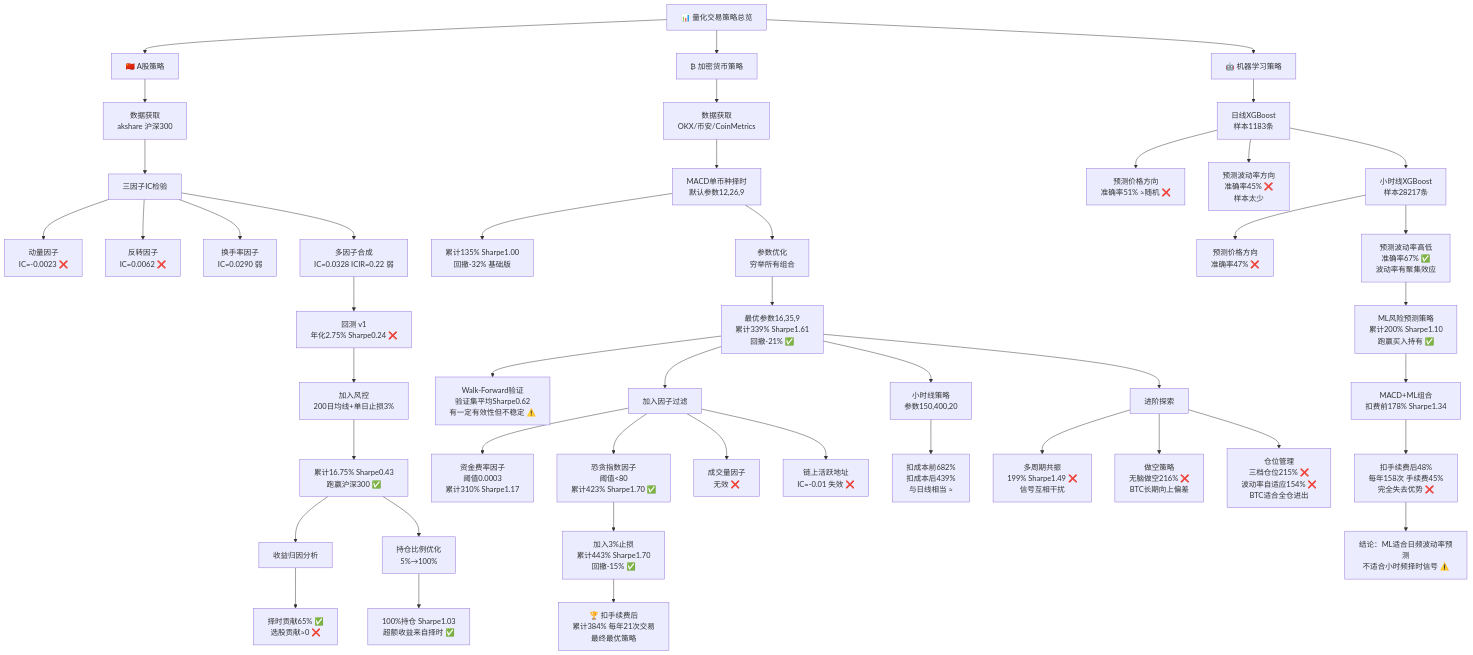
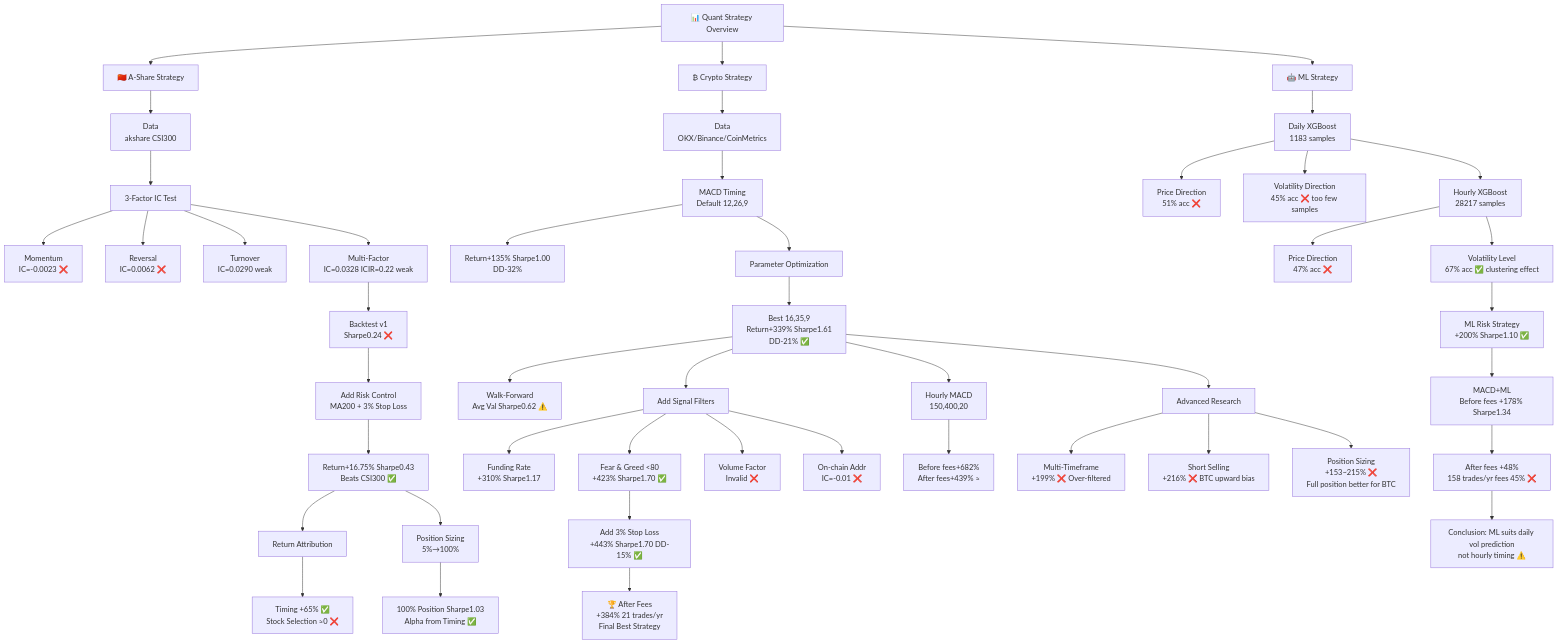
Before and after one commit to gh59/quant-research: the diagram in README.md, drawn with Mermaid. The commit also changed other lines of this file and 1 other file, not shown here.

Commit message:
Add bilingual README: EN default, CN available

````diff
--- a/README.md
+++ b/README.md
@@ -24,51 +26,51 @@
 ```mermaid
 graph TD
-    A["📊 量化交易策略总览"] --> B["🇨🇳 A股策略"]
-    A --> C["₿ 加密货币策略"]
-    A --> D["🤖 机器学习策略"]
+    A["📊 Quant Strategy Overview"] --> B["🇨🇳 A-Share Strategy"]
+    A --> C["₿ Crypto Strategy"]
+    A --> D["🤖 ML Strategy"]
 
-    B --> B1["数据获取\nakshare 沪深300"]
-    B1 --> B2["三因子IC检验"]
-    B2 --> B2a["动量因子\nIC=-0.0023 ❌"]
-    B2 --> B2b["反转因子\nIC=0.0062 ❌"]
-    B2 --> B2c["换手率因子\nIC=0.0290 弱"]
-    B2 --> B2d["多因子合成\nIC=0.0328 ICIR=0.22 弱"]
-    B2d --> B3["回测 v1\n年化2.75% Sharpe0.24 ❌"]
-    B3 --> B4["加入风控\n200日均线+单日止损3%"]
-    B4 --> B4a["累计16.75% Sharpe0.43\n跑赢沪深300 ✅"]
-    B4a --> B5["收益归因分析"]
-    B5 --> B5a["择时贡献65% ✅\n选股贡献≈0 ❌"]
-    B4a --> B6["持仓比例优化\n5%→100%"]
-    B6 --> B6a["100%持仓 Sharpe1.03\n超额收益来自择时 ✅"]
+    B --> B1["Data\nakshare CSI300"]
+    B1 --> B2["3-Factor IC Test"]
+    B2 --> B2a["Momentum\nIC=-0.0023 ❌"]
+    B2 --> B2b["Reversal\nIC=0.0062 ❌"]
+    B2 --> B2c["Turnover\nIC=0.0290 weak"]
+    B2 --> B2d["Multi-Factor\nIC=0.0328 ICIR=0.22 weak"]
+    B2d --> B3["Backtest v1\nSharpe0.24 ❌"]
+    B3 --> B4["Add Risk Control\nMA200 + 3% Stop Loss"]
+    B4 --> B4a["Return+16.75% Sharpe0.43\nBeats CSI300 ✅"]
+    B4a --> B5["Return Attribution"]
+    B5 --> B5a["Timing +65% ✅\nStock Selection ≈0 ❌"]
+    B4a --> B6["Position Sizing\n5%→100%"]
+    B6 --> B6a["100% Position Sharpe1.03\nAlpha from Timing ✅"]
 
-    C --> C1["数据获取\nOKX/币安/CoinMetrics"]
-    C1 --> C2["MACD单币种择时\n默认参数12,26,9"]
-    C2 --> C2a["累计135% Sharpe1.00\n回撤-32% 基础版"]
-    C2 --> C3["参数优化\n穷举所有组合"]
-    C3 --> C3a["最优参数16,35,9\n累计339% Sharpe1.61\n回撤-21% ✅"]
-    C3a --> C4["Walk-Forward验证\n验证集平均Sharpe0.62\n有一定有效性但不稳定 ⚠️"]
-    C3a --> C5["加入因子过滤"]
-    C5 --> C5a["资金费率因子\n阈值0.0003\n累计310% Sharpe1.17"]
-    C5 --> C5b["恐贪指数因子\n阈值<80\n累计423% Sharpe1.70 ✅"]
-    C5 --> C5c["成交量因子\n无效 ❌"]
-    C5 --> C5d["链上活跃地址\nIC=-0.01 失效 ❌"]
-    C5b --> C6["加入3%止损\n累计443% Sharpe1.70\n回撤-15% ✅"]
-    C6 --> C6a["🏆 扣手续费后\n累计384% 每年21次交易\n最终最优策略"]
-    C3a --> C7["小时线策略\n参数150,400,20"]
-    C7 --> C7a["扣成本前682%\n扣成本后439%\n与日线相当 ≈"]
-    C3a --> C8["进阶探索"]
-    C8 --> C8a["多周期共振\n199% Sharpe1.49 ❌\n信号互相干扰"]
-    C8 --> C8b["做空策略\n无脑做空216% ❌\nBTC长期向上偏差"]
-    C8 --> C8c["仓位管理\n三档仓位215% ❌\n波动率自适应154% ❌\nBTC适合全仓进出"]
+    C --> C1["Data\nOKX/Binance/CoinMetrics"]
+    C1 --> C2["MACD Timing\nDefault 12,26,9"]
+    C2 --> C2a["Return+135% Sharpe1.00\nDD-32%"]
+    C2 --> C3["Parameter Optimization"]
+    C3 --> C3a["Best 16,35,9\nReturn+339% Sharpe1.61\nDD-21% ✅"]
+    C3a --> C4["Walk-Forward\nAvg Val Sharpe0.62 ⚠️"]
+    C3a --> C5["Add Signal Filters"]
+    C5 --> C5a["Funding Rate\n+310% Sharpe1.17"]
+    C5 --> C5b["Fear & Greed <80\n+423% Sharpe1.70 ✅"]
+    C5 --> C5c["Volume Factor\nInvalid ❌"]
+    C5 --> C5d["On-chain Addr\nIC=-0.01 ❌"]
+    C5b --> C6["Add 3% Stop Loss\n+443% Sharpe1.70 DD-15% ✅"]
+    C6 --> C6a["🏆 After Fees\n+384% 21 trades/yr\nFinal Best Strategy"]
+    C3a --> C7["Hourly MACD\n150,400,20"]
+    C7 --> C7a["Before fees+682%\nAfter fees+439% ≈"]
+    C3a --> C8["Advanced Research"]
+    C8 --> C8a["Multi-Timeframe\n+199% ❌ Over-filtered"]
+    C8 --> C8b["Short Selling\n+216% ❌ BTC upward bias"]
+    C8 --> C8c["Position Sizing\n+153~215% ❌\nFull position better for BTC"]
 
-    D --> D1["日线XGBoost\n样本1183条"]
-    D1 --> D1a["预测价格方向\n准确率51% ≈随机 ❌"]
-    D1 --> D1b["预测波动率方向\n准确率45% ❌\n样本太少"]
-    D1 --> D2["小时线XGBoost\n样本28217条"]
-    D2 --> D2a["预测价格方向\n准确率47% ❌"]
-    D2 --> D2b["预测波动率高低\n准确率67% ✅\n波动率有聚集效应"]
-    D2b --> D3["ML风险预测策略\n累计200% Sharpe1.10\n跑赢买入持有 ✅"]
-    D3 --> D4["MACD+ML组合\n扣费前178% Sharpe1.34"]
-    D4 --> D4a["扣手续费后48%\n每年158次 手续费45%\n完全失去优势 ❌"]
-    D4a --> D5["结论：ML适合日频波动率预测\n不适合小时频择时信号 ⚠️"]
+    D --> D1["Daily XGBoost\n1183 samples"]
+    D1 --> D1a["Price Direction\n51% acc ❌"]
+    D1 --> D1b["Volatility Direction\n45% acc ❌ too few samples"]
+    D1 --> D2["Hourly XGBoost\n28217 samples"]
+    D2 --> D2a["Price Direction\n47% acc ❌"]
+    D2 --> D2b["Volatility Level\n67% acc ✅ clustering effect"]
+    D2b --> D3["ML Risk Strategy\n+200% Sharpe1.10 ✅"]
+    D3 --> D4["MACD+ML\nBefore fees +178% Sharpe1.34"]
+    D4 --> D4a["After fees +48%\n158 trades/yr fees 45% ❌"]
+    D4a --> D5["Conclusion: ML suits daily vol prediction\nnot hourly timing ⚠️"]
 ```
````
